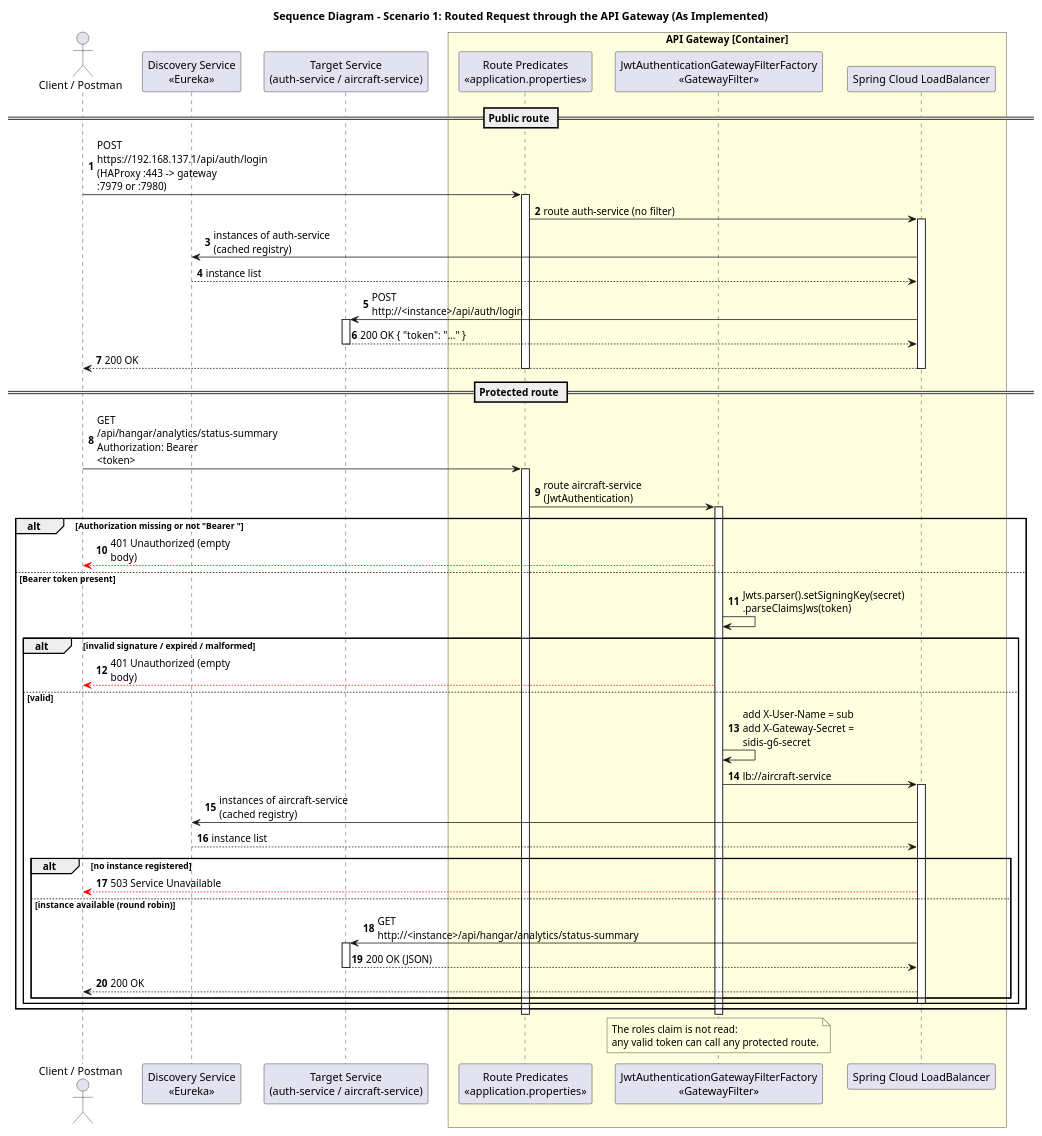
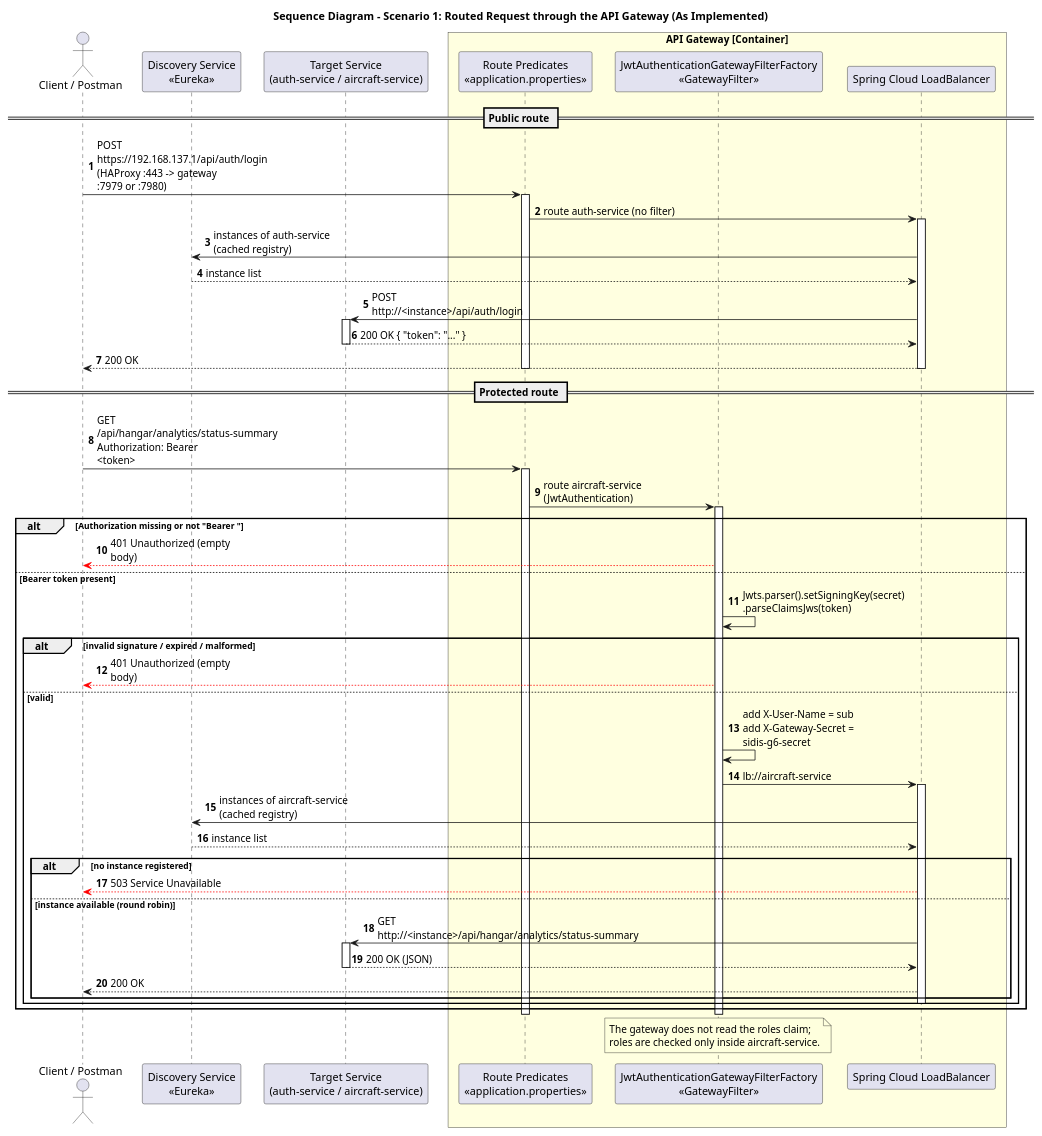
The diagram in APIgateway/docs/sequence-diagrams/scenario-1-routed-request.puml (8126Lucas/SIDIS_G6_3DA), drawn with PlantUML before and after one commit. The commit also changed 10 other files, not shown here.

Commit message:
Update sequence diagrams and documentation for clarity and accuracy

```diff
--- a/APIgateway/docs/sequence-diagrams/scenario-1-routed-request.puml
+++ b/APIgateway/docs/sequence-diagrams/scenario-1-routed-request.puml
@@ -1,77 +1,77 @@
 @startuml
 skinparam responseMessageBelowArrow true
 skinparam maxMessageSize 180
 skinparam boxPadding 10
 skinparam participantPadding 10
 skinparam shadowing false
 
 title Sequence Diagram - Scenario 1: Routed Request through the API Gateway (As Implemented)
 
 autonumber
 
 actor "Client / Postman" as client
 participant "Route Predicates\n<<application.properties>>" as routes
 participant "JwtAuthenticationGatewayFilterFactory\n<<GatewayFilter>>" as jwt_filter
 participant "Spring Cloud LoadBalancer" as load_balancer
 participant "Discovery Service\n<<Eureka>>" as eureka
 participant "Target Service\n(auth-service / aircraft-service)" as service
 
 box "API Gateway [Container]" #LightYellow
     participant routes
     participant jwt_filter
     participant load_balancer
 end box
 
 == Public route ==
 
 client -> routes : POST https://192.168.137.1/api/auth/login\n(HAProxy :443 -> gateway :7979 or :7980)
 activate routes
 routes -> load_balancer : route auth-service (no filter)
 activate load_balancer
 load_balancer -> eureka : instances of auth-service\n(cached registry)
 eureka --> load_balancer : instance list
 load_balancer -> service : POST http://<instance>/api/auth/login
 activate service
 service --> load_balancer : 200 OK { "token": "..." }
 deactivate service
 load_balancer --> client : 200 OK
 deactivate load_balancer
 deactivate routes
 
 == Protected route ==
 
 client -> routes : GET /api/hangar/analytics/status-summary\nAuthorization: Bearer <token>
 activate routes
 routes -> jwt_filter : route aircraft-service (JwtAuthentication)
 activate jwt_filter
 
 alt Authorization missing or not "Bearer "
     jwt_filter --[#red]> client : 401 Unauthorized (empty body)
 else Bearer token present
     jwt_filter -> jwt_filter : Jwts.parser().setSigningKey(secret)\n.parseClaimsJws(token)
     alt invalid signature / expired / malformed
         jwt_filter --[#red]> client : 401 Unauthorized (empty body)
     else valid
         jwt_filter -> jwt_filter : add X-User-Name = sub\nadd X-Gateway-Secret = sidis-g6-secret
         jwt_filter -> load_balancer : lb://aircraft-service
         activate load_balancer
         load_balancer -> eureka : instances of aircraft-service\n(cached registry)
         eureka --> load_balancer : instance list
         alt no instance registered
             load_balancer --[#red]> client : 503 Service Unavailable
         else instance available (round robin)
             load_balancer -> service : GET http://<instance>/api/hangar/analytics/status-summary
             activate service
             service --> load_balancer : 200 OK (JSON)
             deactivate service
             load_balancer --> client : 200 OK
         end
         deactivate load_balancer
     end
 end
 deactivate jwt_filter
 deactivate routes
 
-note over jwt_filter : The roles claim is not read:\nany valid token can call any protected route.
+note over jwt_filter : The gateway does not read the roles claim;\nroles are checked only inside aircraft-service.
 
 @enduml
```
